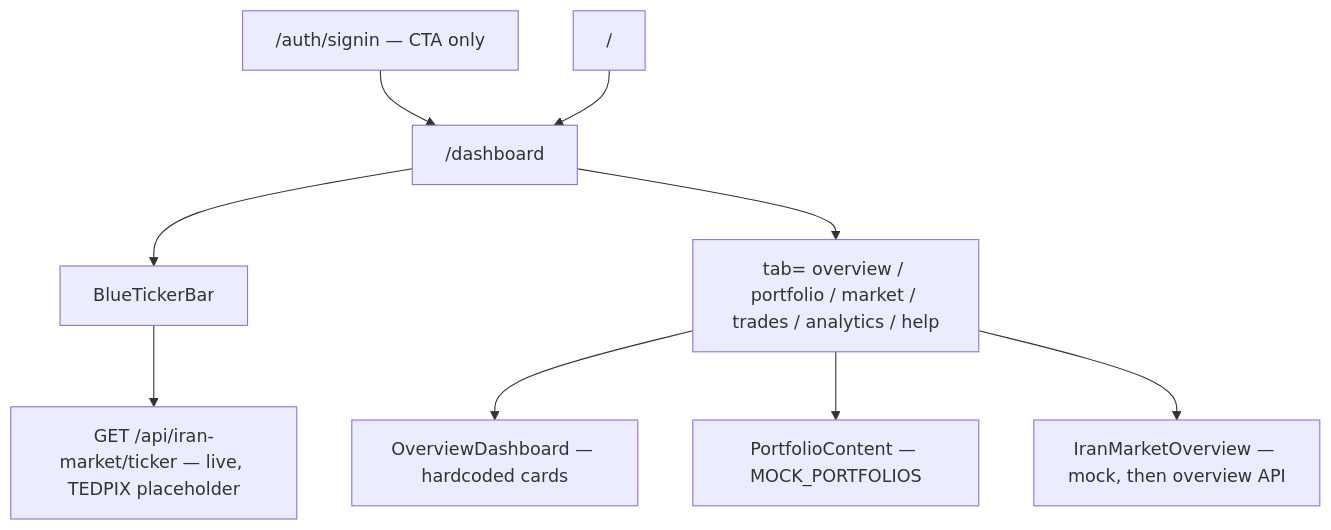
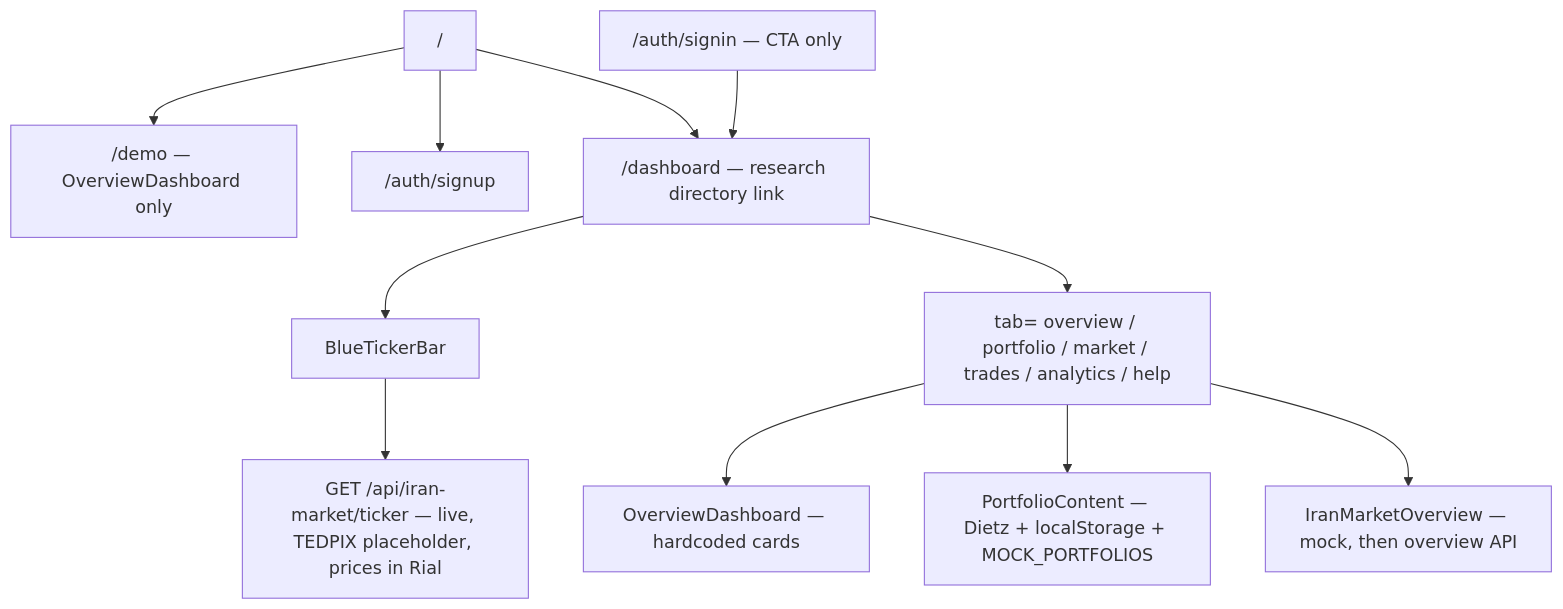
Before and after one commit to massoudsh/Findash: the fifth of 5 diagrams in docs/APP_FLOW.md, drawn with Mermaid. The commit also changed other lines of this file and 20 other files, not shown here.

First line of the commit message:
docs: add Modified Dietz runbook and sync ticker/dashboard notes

````diff
--- a/docs/APP_FLOW.md
+++ b/docs/APP_FLOW.md
@@ -127,11 +128,13 @@
 ```mermaid
 flowchart TB
-    SignIn["/auth/signin — CTA only"] --> Dash["/dashboard"]
-    Landing["/"] --> Dash
+    Landing["/"] --> Demo["/demo — OverviewDashboard only"]
+    Landing --> Signup["/auth/signup"]
+    Landing --> Dash["/dashboard — research directory link"]
+    SignIn["/auth/signin — CTA only"] --> Dash
     Dash --> Ticker[BlueTickerBar]
-    Ticker --> LiveAPI["GET /api/iran-market/ticker — live, TEDPIX placeholder"]
+    Ticker --> LiveAPI["GET /api/iran-market/ticker — live, TEDPIX placeholder, prices in Rial"]
     Dash --> Tabs[tab= overview / portfolio / market / trades / analytics / help]
     Tabs --> Overview[OverviewDashboard — hardcoded cards]
-    Tabs --> Port[PortfolioContent — MOCK_PORTFOLIOS]
+    Tabs --> Port[PortfolioContent — Dietz + localStorage + MOCK_PORTFOLIOS]
     Tabs --> Mkt[IranMarketOverview — mock, then overview API]
 ```
````
